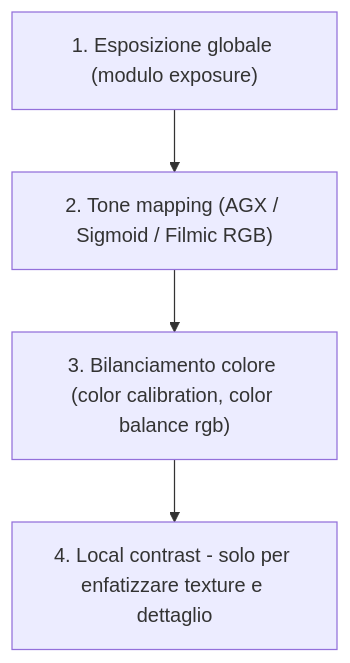
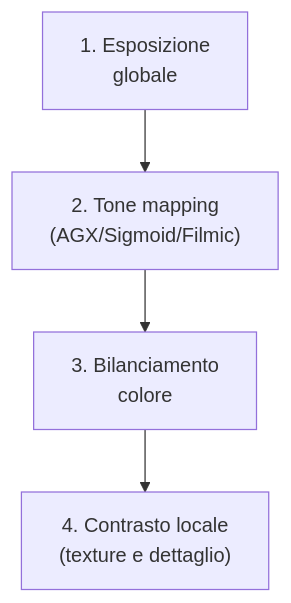
One commit to lorenzoperone/darktable-docs changed the diagram in docs/modules/local-contrast.md. Above: the diagram before and after it, drawn with Mermaid. The commit also changed 40 other files, not shown here.

First line of the commit message:
fix: reformatta diagrammi Mermaid — etichette brevi, break line, italiano

````diff
--- a/docs/modules/local-contrast.md
+++ b/docs/modules/local-contrast.md
@@ -25,4 +25,4 @@
 ```mermaid
 flowchart TD
-    A["1. Esposizione globale (modulo exposure)"] --> B["2. Tone mapping (AGX / Sigmoid / Filmic RGB)"] --> C["3. Bilanciamento colore (color calibration, color balance rgb)"] --> D["4. Local contrast - solo per enfatizzare texture e dettaglio"]
+    A["1. Esposizione<br/>globale"] --> B["2. Tone mapping<br/>(AGX/Sigmoid/Filmic)"] --> C["3. Bilanciamento<br/>colore"] --> D["4. Contrasto locale<br/>(texture e dettaglio)"]
 ```
````
